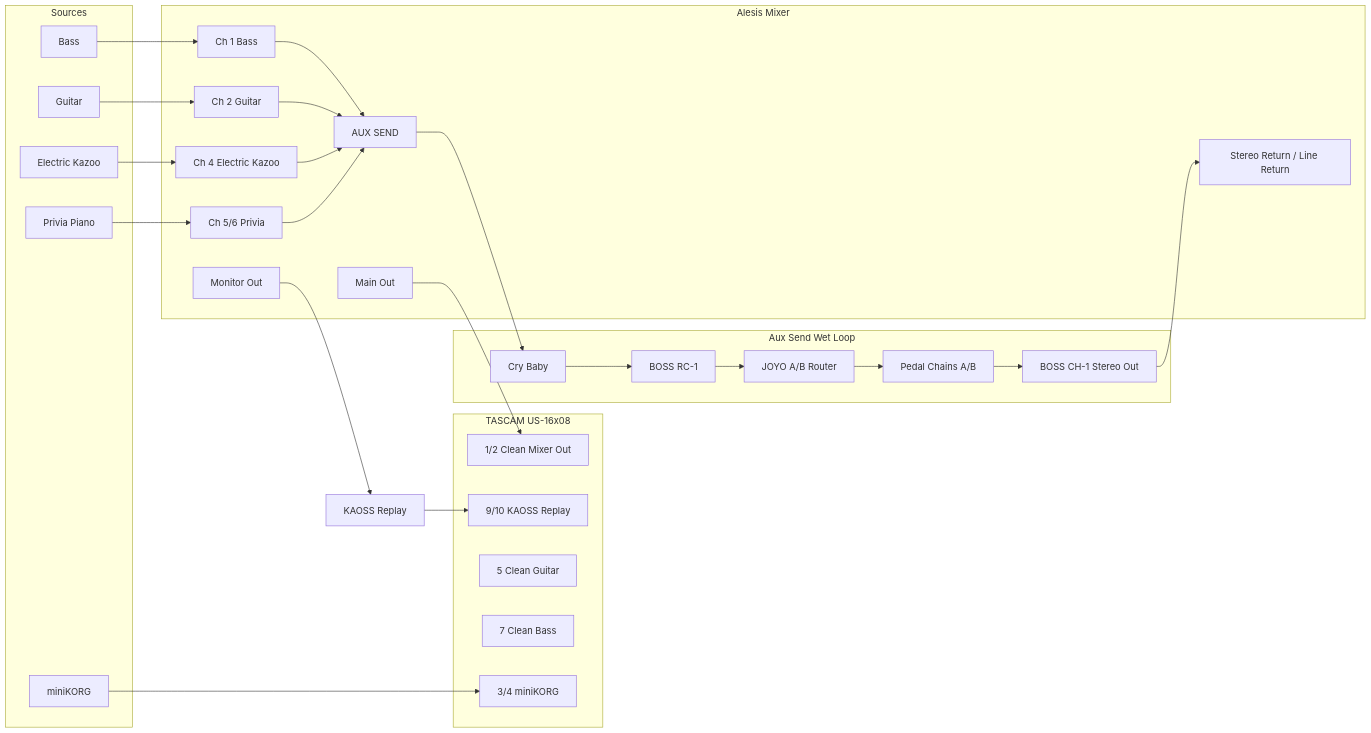
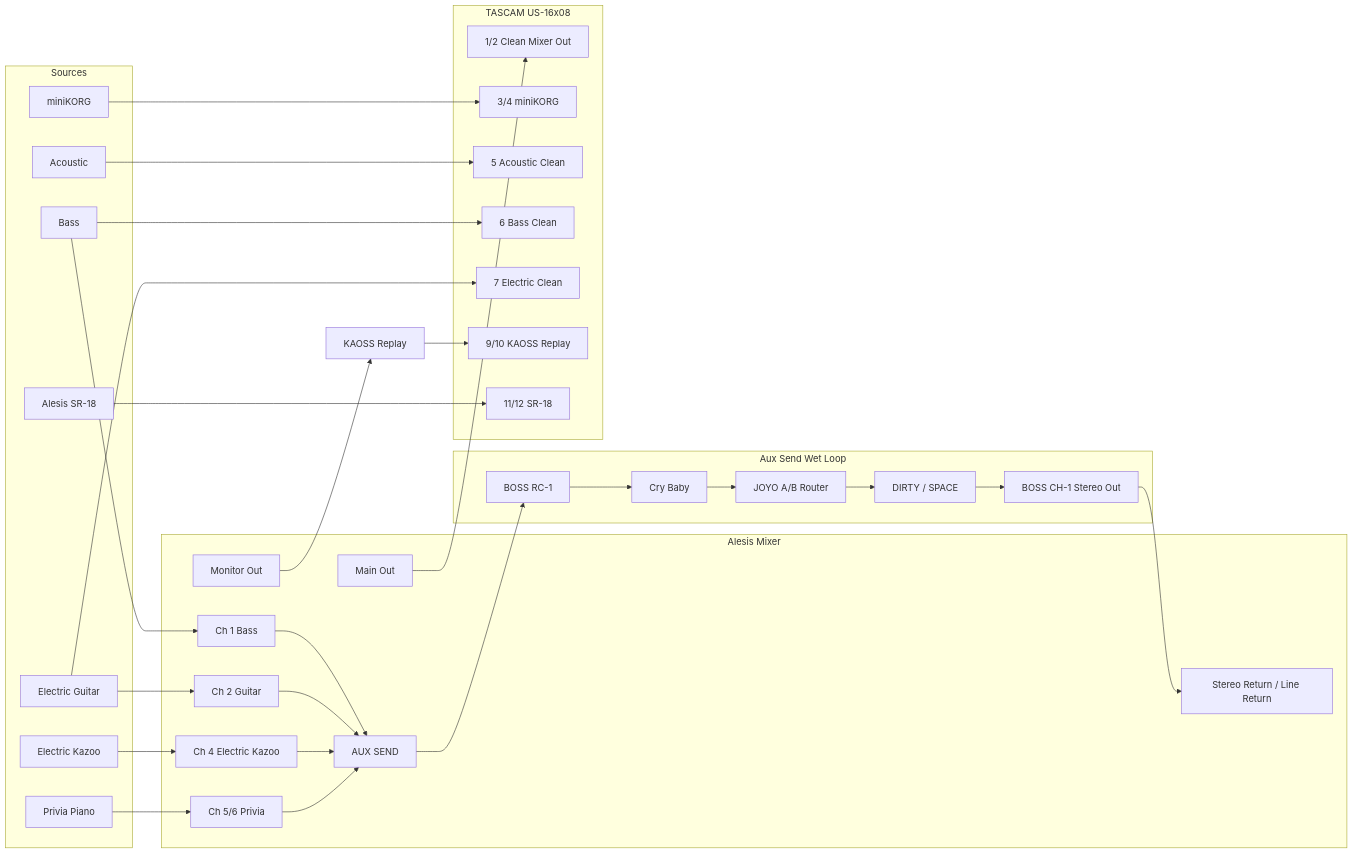
Before and after one commit to sempervent/music-rig: the diagram in README.md, drawn with Mermaid. The commit also changed other lines of this file and 24 other files, not shown here.

````diff
--- a/README.md
+++ b/README.md
@@ -19,50 +21,58 @@
 ```mermaid
 flowchart LR
   subgraph Sources
+    Acoustic[Acoustic]
     Bass[Bass]
-    Guitar[Guitar]
+    Electric[Electric Guitar]
     Kazoo[Electric Kazoo]
     Privia[Privia Piano]
     MiniKORG[miniKORG]
+    SR18[Alesis SR-18]
   end
 
   subgraph Mixer[Alesis Mixer]
     A1[Ch 1 Bass]
     A2[Ch 2 Guitar]
     A4[Ch 4 Electric Kazoo]
     A56[Ch 5/6 Privia]
     Aux[AUX SEND]
     Main[Main Out]
     Monitor[Monitor Out]
     Return[Stereo Return / Line Return]
   end
 
   subgraph WetLoop[Aux Send Wet Loop]
+    RC1[BOSS RC-1]
     CryBaby[Cry Baby]
-    RC1[BOSS RC-1]
     JOYO[JOYO A/B Router]
-    Pedals[Pedal Chains A/B]
+    Pedals[DIRTY / SPACE]
     CH1[BOSS CH-1 Stereo Out]
   end
 
   subgraph Recorder[TASCAM US-16x08]
     T12[1/2 Clean Mixer Out]
     T34[3/4 miniKORG]
-    T5[5 Clean Guitar]
-    T7[7 Clean Bass]
+    T5[5 Acoustic Clean]
+    T6[6 Bass Clean]
+    T7[7 Electric Clean]
     T910[9/10 KAOSS Replay]
+    T1112[11/12 SR-18]
   end
 
   Bass --> A1
-  Guitar --> A2
+  Electric --> A2
   Kazoo --> A4
   Privia --> A56
   MiniKORG --> T34
+  SR18 --> T1112
+  Acoustic --> T5
+  Bass --> T6
+  Electric --> T7
   A1 --> Aux
   A2 --> Aux
   A4 --> Aux
   A56 --> Aux
-  Aux --> CryBaby --> RC1 --> JOYO --> Pedals --> CH1 --> Return
+  Aux --> RC1 --> CryBaby --> JOYO --> Pedals --> CH1 --> Return
   Main --> T12
   Monitor --> KAOSS[KAOSS Replay] --> T910
 ```
````
